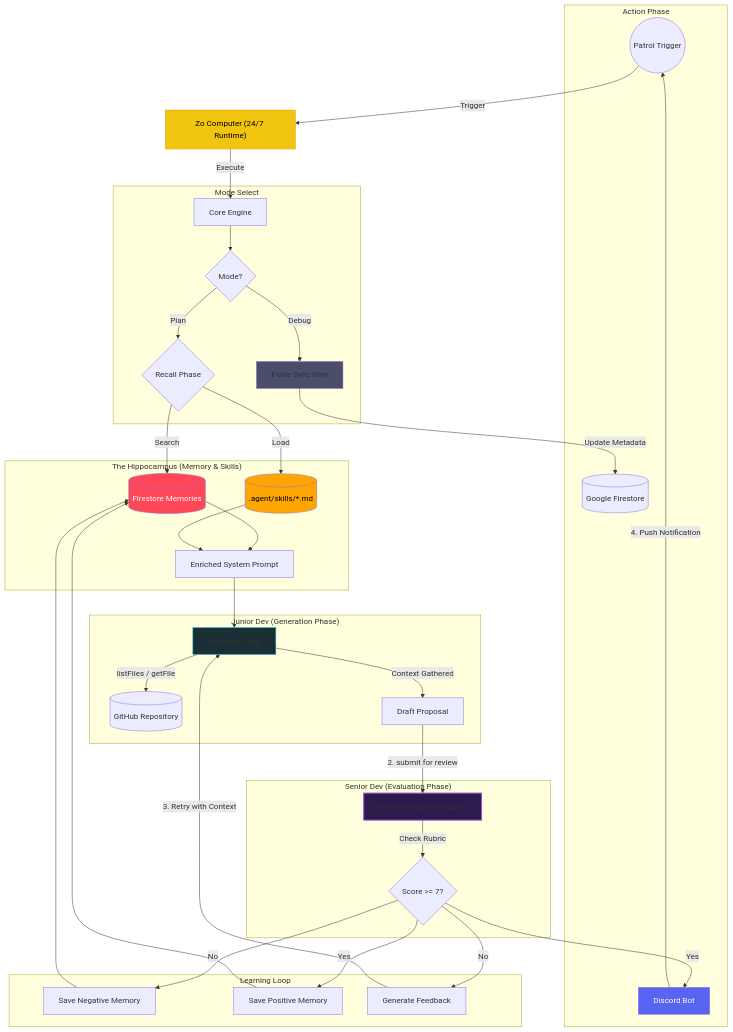
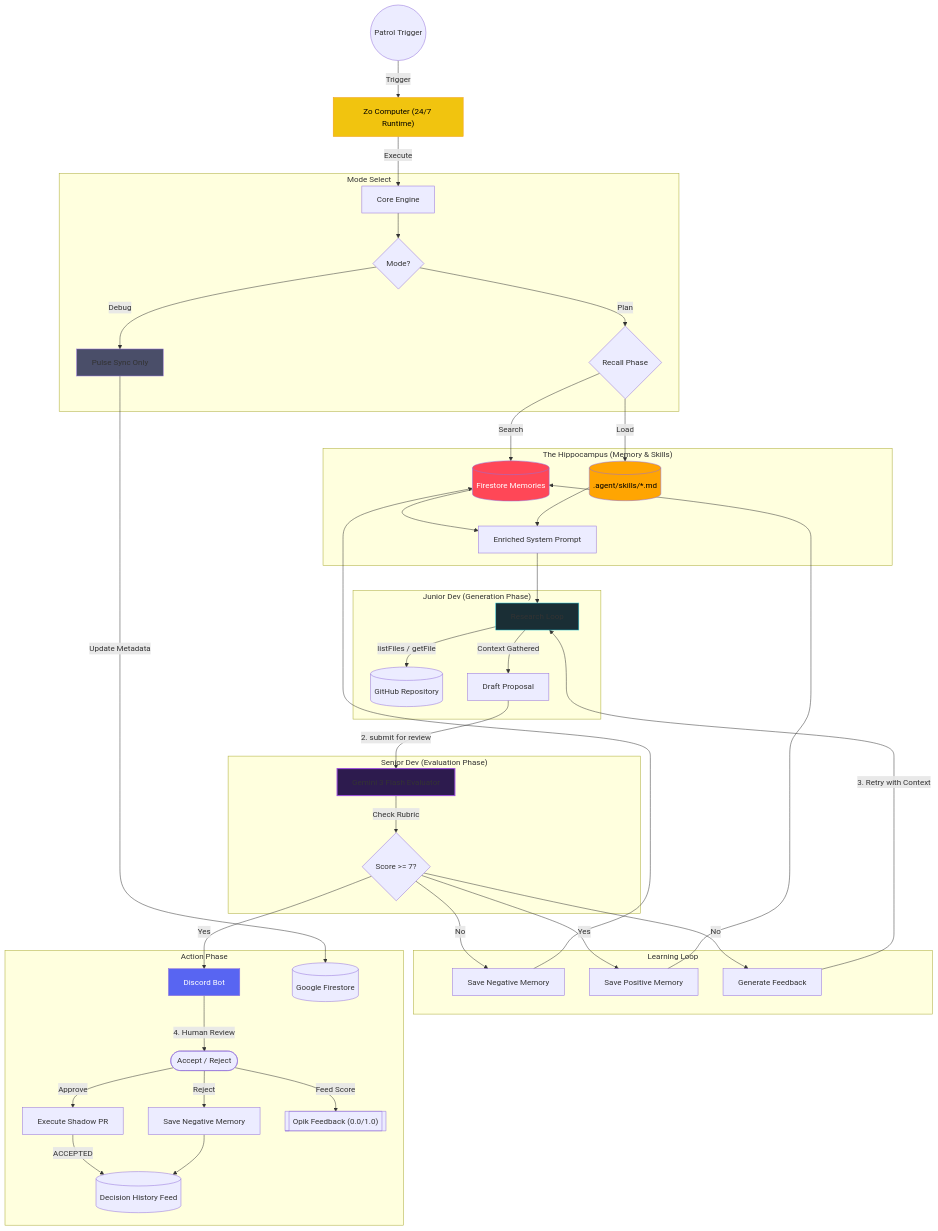
Before and after one commit to nashy3k/momentum-shadow-dev: the first of 2 diagrams in README.md, drawn with Mermaid. The commit also changed other lines of this file and 7 other files, not shown here.

Commit message:
feat: complete friday polish (patronage flow, decision history, and doc refinements)

````diff
--- a/README.md
+++ b/README.md
@@ -27,50 +27,55 @@
 ```mermaid
 graph TD
     UserEnd(("Patrol Trigger")) -->|Trigger| ZoHost["Zo Computer (24/7 Runtime)"]
     ZoHost -->|Execute| Core[Core Engine]
     
     subgraph "Mode Select"
         Core --> Mode{Mode?}
         Mode -->|Debug| Sync[Pulse Sync Only]
         Mode -->|Plan| Recall{Recall Phase}
     end
 
     subgraph "The Hippocampus (Memory & Skills)"
         Recall -->|Search| Memories[("Firestore Memories")]
         Recall -->|Load| Skills[(".agent/skills/*.md")]
         Memories & Skills --> Enriched[Enriched System Prompt]
     end
 
     subgraph "Junior Dev (Generation Phase)"
         Enriched --> Research[Research Loop]
         Research -->|"listFiles / getFile"| Repo[("GitHub Repository")]
         Research -->|"Context Gathered"| Draft[Draft Proposal]
     end
 
     subgraph "Senior Dev (Evaluation Phase)"
         Draft -->|"2. submit for review"| Evaluator[Gemini 3 Flash Evaluator]
         Evaluator -->|"Check Rubric"| Score{"Score >= 7?"}
     end
 
     subgraph "Learning Loop"
         Score -->|"No"| LearnF[Save Negative Memory]
         Score -->|"Yes"| LearnS[Save Positive Memory]
         LearnF & LearnS --> Memories
         Score -->|"No"| Feedback["Generate Feedback"]
         Feedback -->|"3. Retry with Context"| Research
     end
 
     subgraph "Action Phase"
         Score -->|"Yes"| Discord[Discord Bot]
         Sync -->|Update Metadata| DB[("Google Firestore")]
-        Discord -->|"4. Push Notification"| UserEnd
+        Discord -->|"4. Human Review"| UserReview(["Accept / Reject"])
+        UserReview -->|"Approve"| Push[Execute Shadow PR]
+        UserReview -->|"Reject"| LearnH[Save Negative Memory]
+        UserReview -->|"Feed Score"| OpikFB[["Opik Feedback (0.0/1.0)"]]
+        Push -->|"ACCEPTED"| History[("Decision History Feed")]
+        LearnH --> History
     end
 
     style Evaluator fill:#2d1b4e,stroke:#9d4edd,stroke-width:2px
     style Research fill:#1a2e35,stroke:#26c6da
     style Discord fill:#5865F2,color:white
     style Sync fill:#4a4e69
     style ZoHost fill:#f1c40f,color:black,stroke:#f39c12
     style Memories fill:#ff4757,color:white
     style Skills fill:#ffa502,color:black
 ```
````
